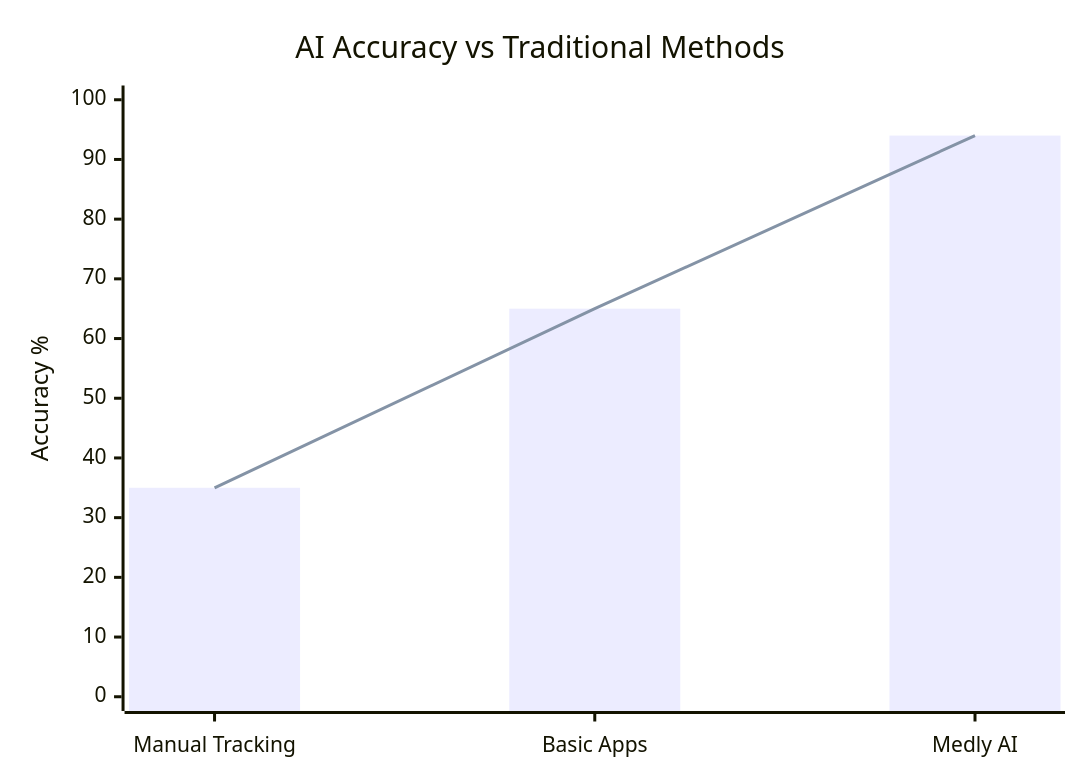
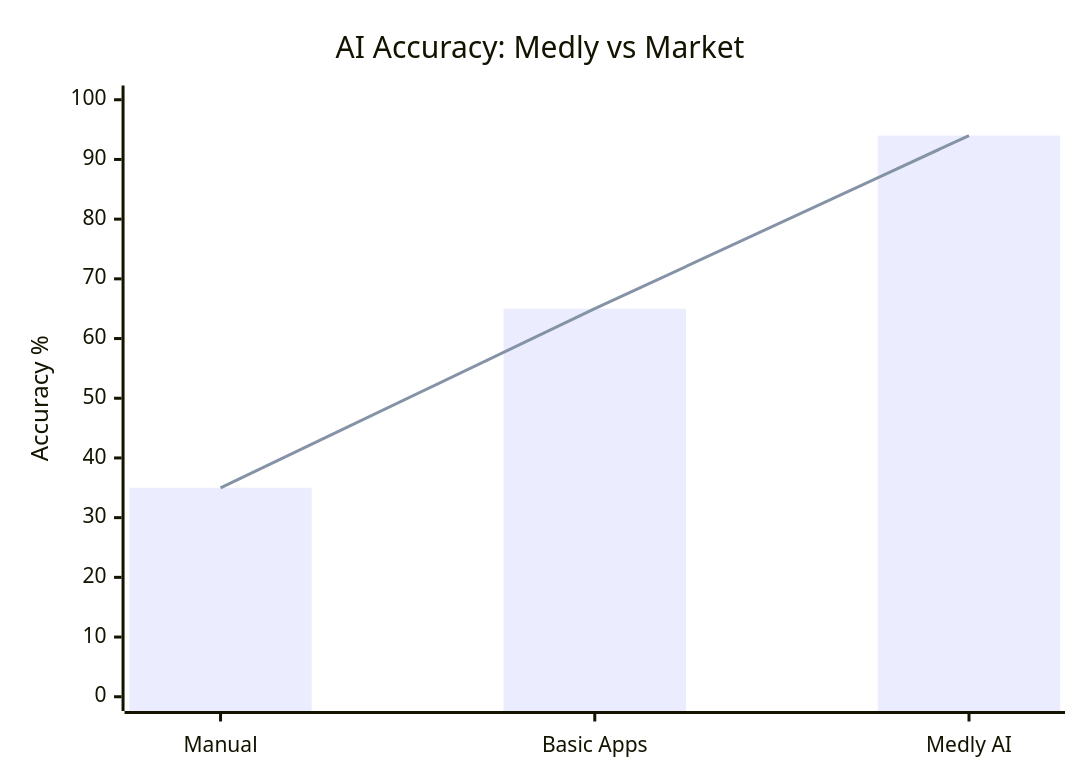
One commit to Iceman-Dann/Medly changed the third of 11 diagrams in README.md. Above: the diagram before and after it, drawn with Mermaid. The commit also changed other lines of this file, not shown here.

Commit message:
Create world-class documentation that perfectly sells Medly

````diff
--- a/README.md
+++ b/README.md
@@ -54,8 +51,8 @@
 ```mermaid
 xychart-beta
-    title "AI Accuracy vs Traditional Methods"
-    x-axis ["Manual Tracking", "Basic Apps", "Medly AI"]
+    title "AI Accuracy: Medly vs Market"
+    x-axis ["Manual", "Basic Apps", "Medly AI"]
     y-axis "Accuracy %" 0 --> 100
     bar [35, 65, 94]
     line [35, 65, 94]
 ```
````
